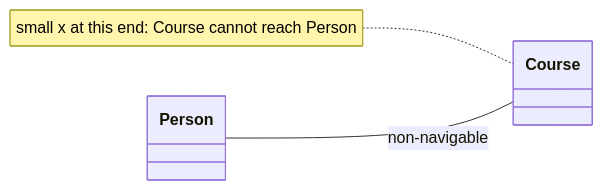
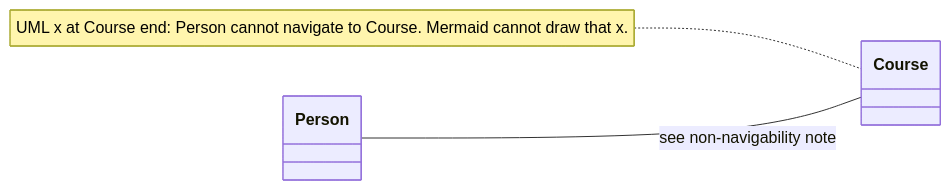
Before and after one commit to lekekbot/ntu-cs: the sixth of 41 diagrams in sc2006/SC2006_Study_Guide.md, drawn with Mermaid. The commit also changed other lines of this file, not shown here.

Commit message:
fix: align SC2006 guide with course materials

````diff
--- a/sc2006/SC2006_Study_Guide.md
+++ b/sc2006/SC2006_Study_Guide.md
@@ -515,8 +502,8 @@
 ```mermaid
 classDiagram
     direction LR
     class Person
     class Course
-    Person -- Course : non-navigable
-    note for Course "small x at this end: Course cannot reach Person"
+    Person -- Course : see non-navigability note
+    note for Course "UML x at Course end: Person cannot navigate to Course. Mermaid cannot draw that x."
 ```
````
